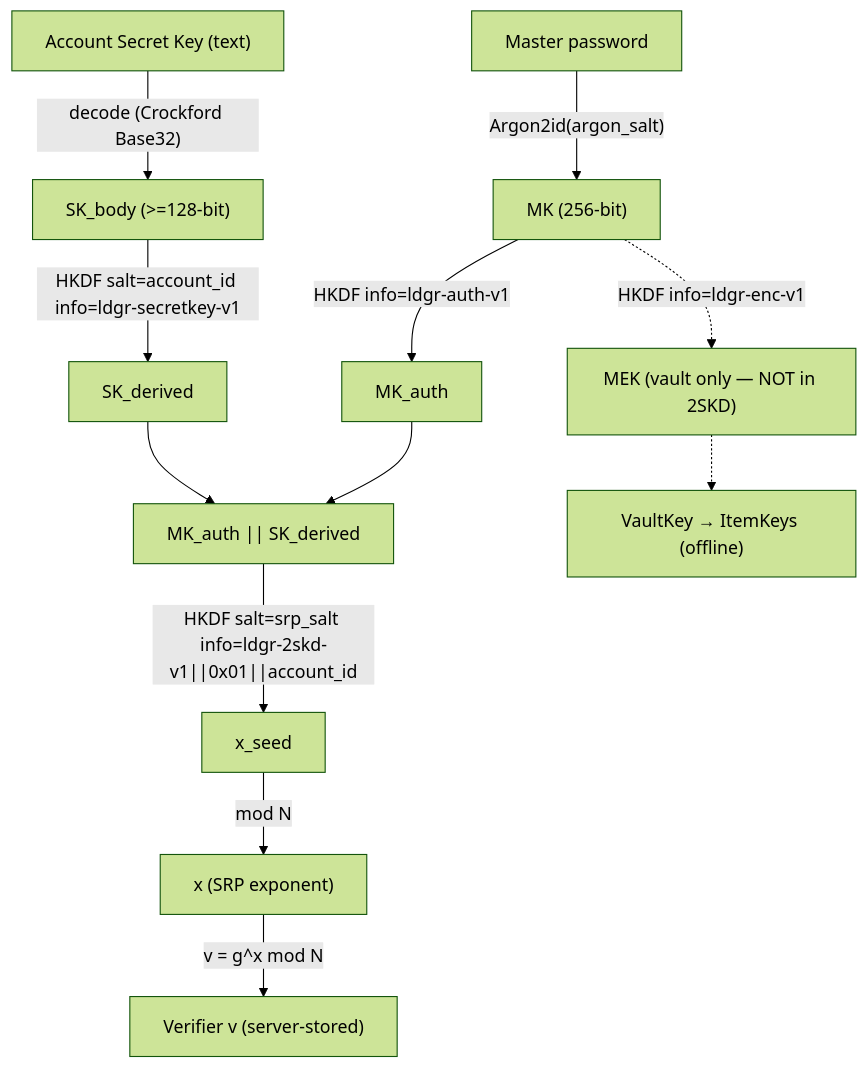
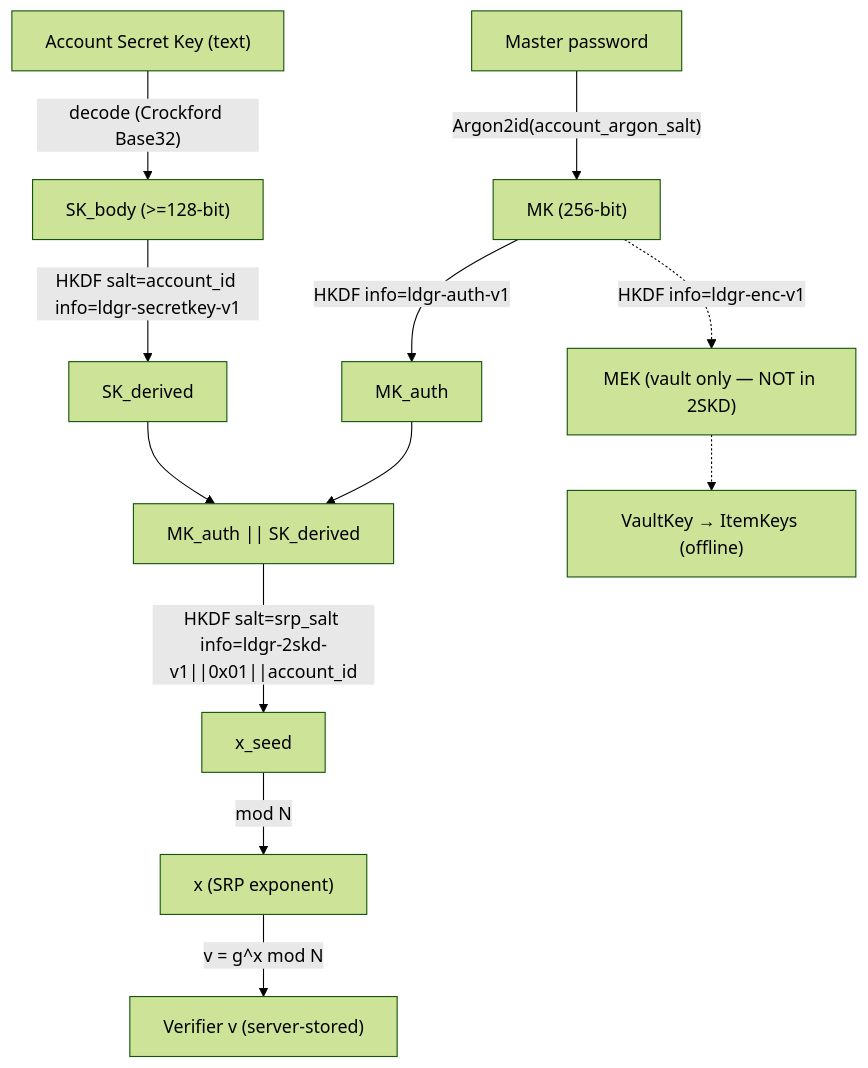
One commit to kafkade/ldgr changed the diagram in docs/adr/008-self-hosting-and-account-auth.md. Above: the diagram before and after it, drawn with Mermaid (forest theme). The commit also changed other lines of this file and 35 other files, not shown here.

````diff
--- a/docs/adr/008-self-hosting-and-account-auth.md
+++ b/docs/adr/008-self-hosting-and-account-auth.md
@@ -96,15 +114,15 @@
 ```mermaid
 flowchart TD
-    PW["Master password"] -->|"Argon2id(argon_salt)"| MK["MK (256-bit)"]
+    PW["Master password"] -->|"Argon2id(account_argon_salt)"| MK["MK (256-bit)"]
     MK -->|"HKDF info=ldgr-auth-v1"| MKauth["MK_auth"]
     SKtxt["Account Secret Key (text)"] -->|"decode (Crockford Base32)"| SKb["SK_body (>=128-bit)"]
     SKb -->|"HKDF salt=account_id info=ldgr-secretkey-v1"| SKd["SK_derived"]
     MKauth --> CONCAT["MK_auth || SK_derived"]
     SKd --> CONCAT
     CONCAT -->|"HKDF salt=srp_salt info=ldgr-2skd-v1||0x01||account_id"| XSEED["x_seed"]
     XSEED -->|"mod N"| X["x (SRP exponent)"]
     X -->|"v = g^x mod N"| V["Verifier v (server-stored)"]
 
     MK -.->|"HKDF info=ldgr-enc-v1"| MEK["MEK (vault only — NOT in 2SKD)"]
     MEK -.-> VK["VaultKey → ItemKeys (offline)"]
 ```
````
